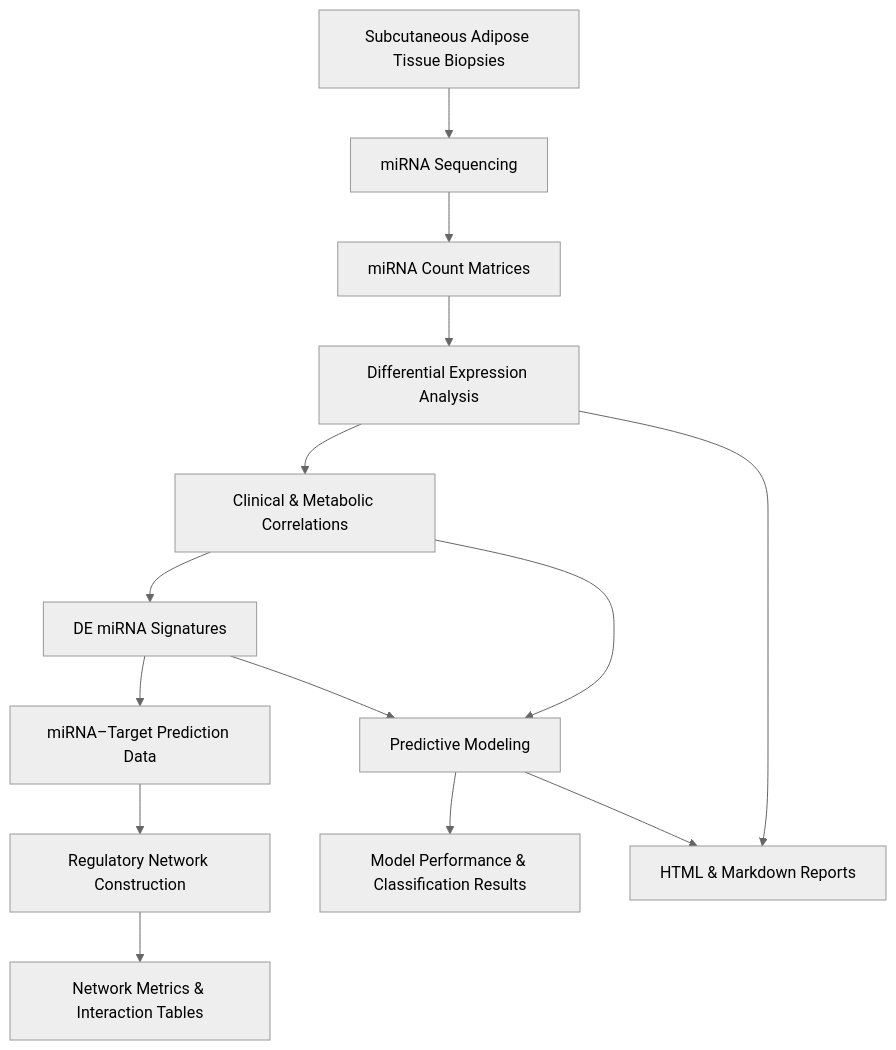
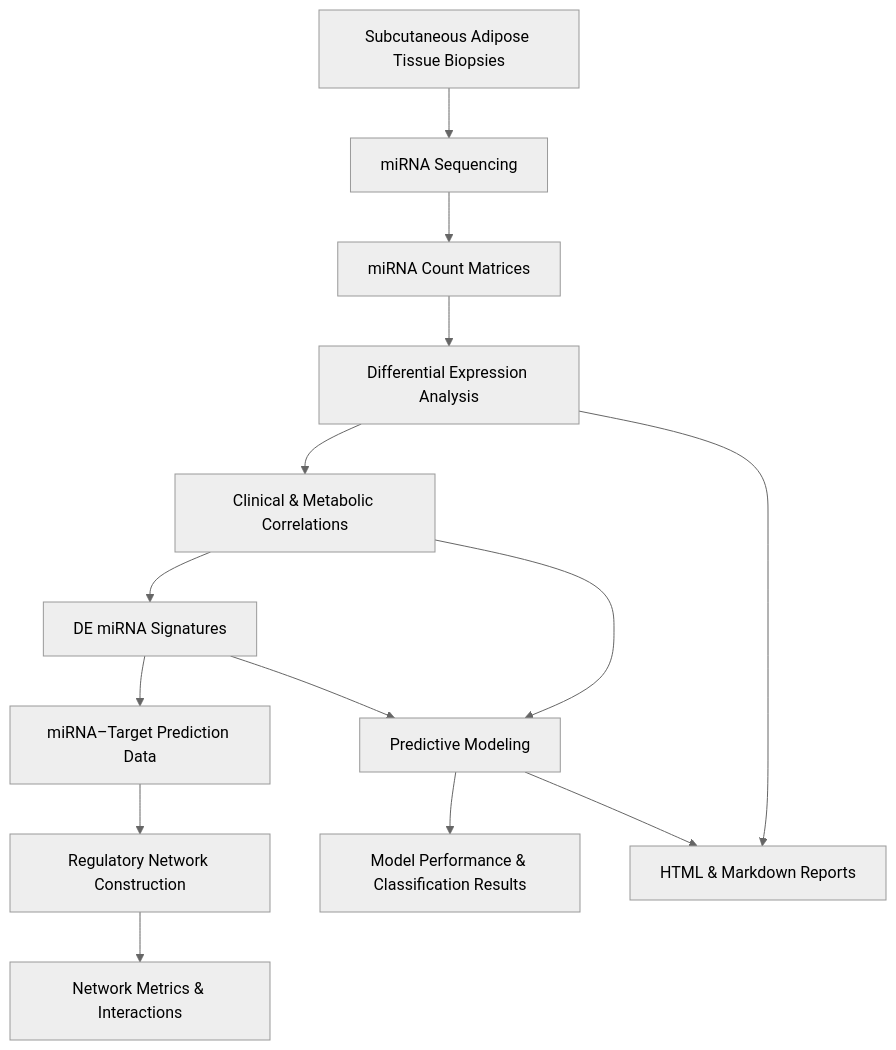
The diagram in README.md (kap8416/Subcutaneous-Adipose-miRNome-MexicanCohort), drawn with Mermaid (neutral theme) before and after one commit.

````diff
--- a/README.md
+++ b/README.md
@@ -37,21 +37,21 @@
 ```mermaid
 flowchart TD
     A[Subcutaneous Adipose Tissue Biopsies] --> B[miRNA Sequencing]
     B --> C[miRNA Count Matrices]
 
     C --> D[Differential Expression Analysis]
     D --> E[Clinical & Metabolic Correlations]
     E --> F[DE miRNA Signatures]
 
     F --> G[miRNA–Target Prediction Data]
     G --> H[Regulatory Network Construction]
 
     F --> I[Predictive Modeling]
     E --> I
-    H --> J[Network Metrics & Interaction Tables]
+    H --> J[Network Metrics & Interactions]
     I --> K[Model Performance & Classification Results]
 
     D --> L[HTML & Markdown Reports]
     I --> L
 
 ```
````
